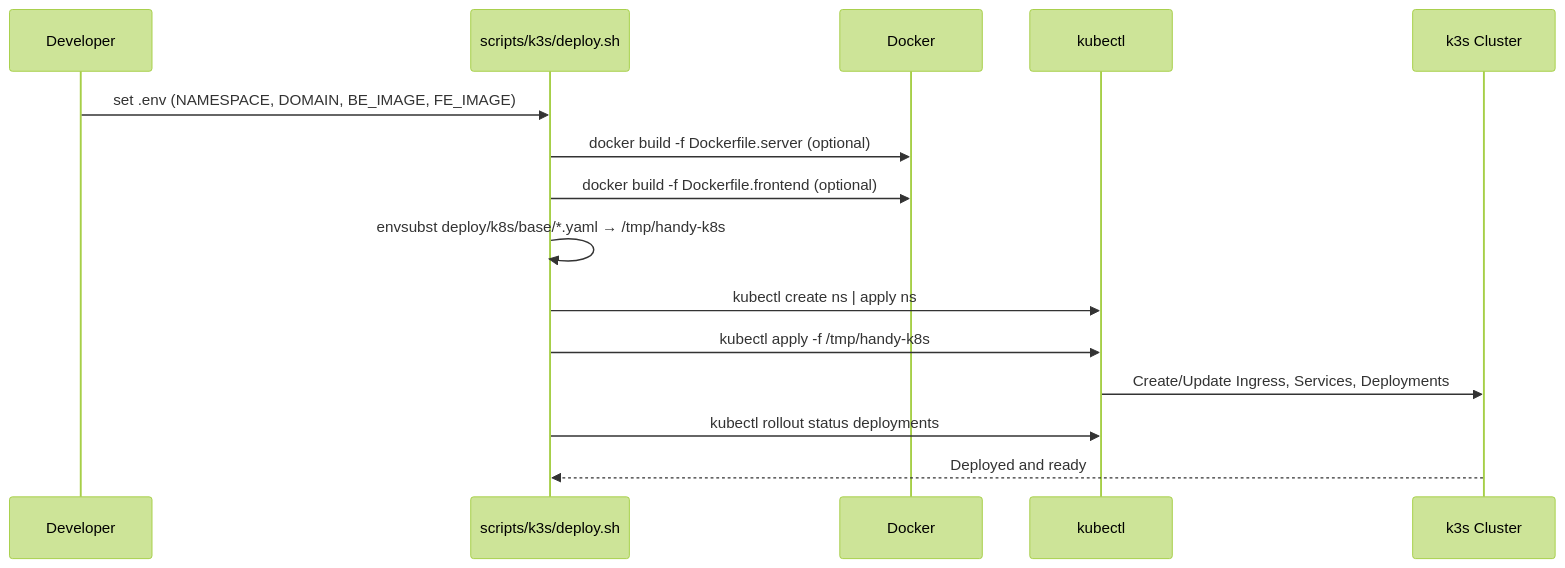
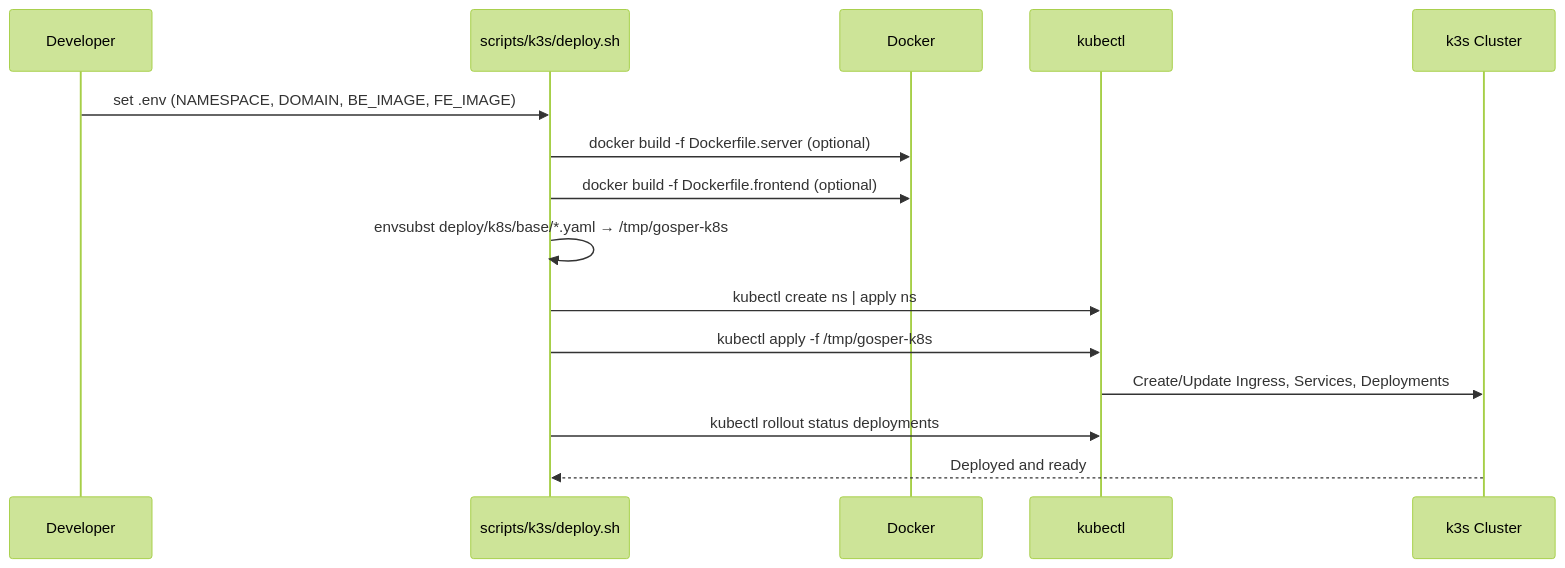
Before and after one commit to julymeltdown/gosper: the third of 3 diagrams in docs/deployment-k3s.md, drawn with Mermaid (forest theme). The commit also changed other lines of this file and 1 other file, not shown here.

Commit message:
Add comprehensive deployment documentation with Mermaid diagrams

````diff
--- a/docs/deployment-k3s.md
+++ b/docs/deployment-k3s.md
@@ -71,18 +123,18 @@
 ```mermaid
 sequenceDiagram
   participant Dev as Developer
   participant Sh as scripts/k3s/deploy.sh
   participant DO as Docker
   participant K as kubectl
   participant K3 as k3s Cluster
 
   Dev->>Sh: set .env (NAMESPACE, DOMAIN, BE_IMAGE, FE_IMAGE)
   Sh->>DO: docker build -f Dockerfile.server (optional)
   Sh->>DO: docker build -f Dockerfile.frontend (optional)
-  Sh->>Sh: envsubst deploy/k8s/base/*.yaml → /tmp/handy-k8s
+  Sh->>Sh: envsubst deploy/k8s/base/*.yaml → /tmp/gosper-k8s
   Sh->>K: kubectl create ns | apply ns
-  Sh->>K: kubectl apply -f /tmp/handy-k8s
+  Sh->>K: kubectl apply -f /tmp/gosper-k8s
   K->>K3: Create/Update Ingress, Services, Deployments
   Sh->>K: kubectl rollout status deployments
   K3-->>Sh: Deployed and ready
 ```
````
